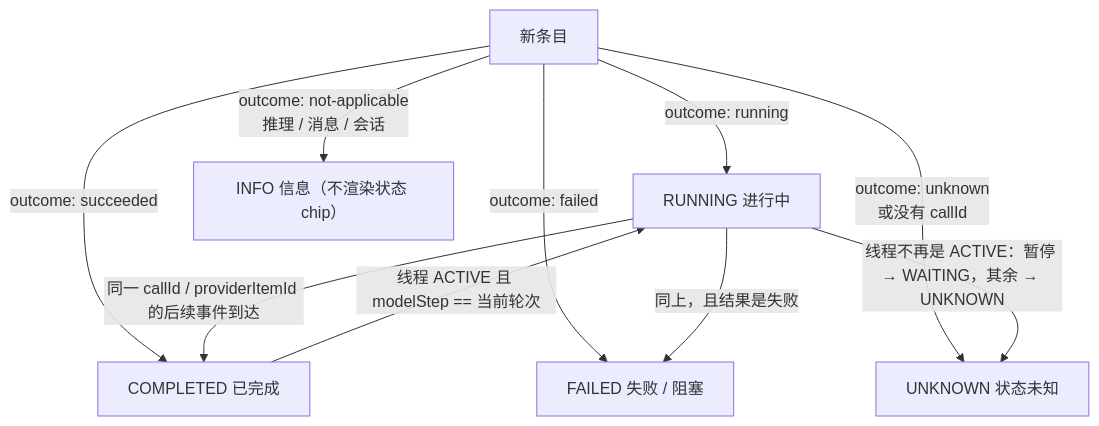
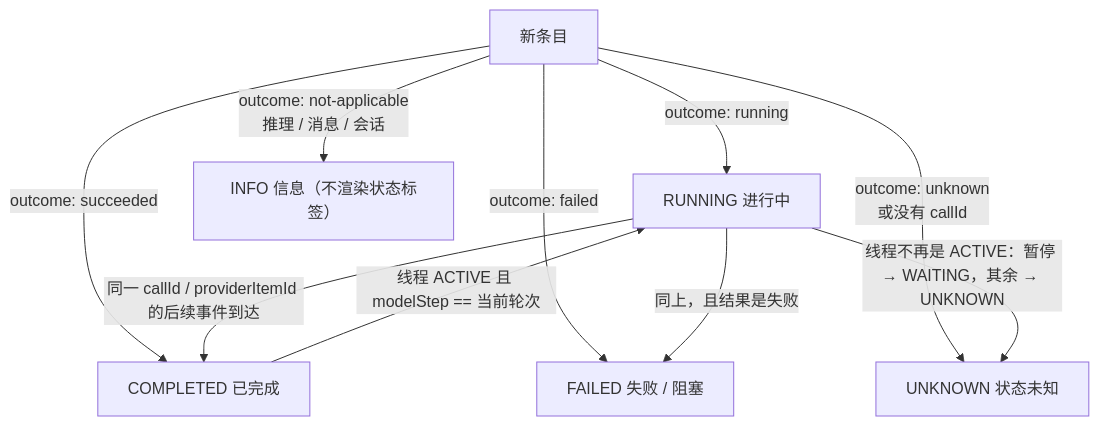
One commit to DigitalMarsh/pipeline-factory changed the fourth of 10 diagrams in docs/消息类型及事件状态机流程图.md. Above: the diagram before and after it, drawn with Mermaid. The commit also changed other lines of this file and 1 other file, not shown here.

First line of the commit message:
docs: 《消息类型及事件状态机流程图》把 chip 换成「标签」，并统一 §7 的措辞

````diff
--- a/docs/消息类型及事件状态机流程图.md
+++ b/docs/消息类型及事件状态机流程图.md
@@ -348,12 +348,12 @@
 ```mermaid
 flowchart TD
   N["新条目"] -->|"outcome: running"| RUN["RUNNING 进行中"]
   N -->|"outcome: succeeded"| DONE["COMPLETED 已完成"]
   N -->|"outcome: failed"| FAIL["FAILED 失败 / 阻塞"]
   N -->|"outcome: unknown<br/>或没有 callId"| UNK["UNKNOWN 状态未知"]
-  N -->|"outcome: not-applicable<br/>推理 / 消息 / 会话"| INFO["INFO 信息（不渲染状态 chip）"]
+  N -->|"outcome: not-applicable<br/>推理 / 消息 / 会话"| INFO["INFO 信息（不渲染状态标签）"]
   RUN -->|"同一 callId / providerItemId 的后续事件到达"| DONE
   RUN -->|"同上，且结果是失败"| FAIL
   RUN -->|"线程不再是 ACTIVE：暂停 → WAITING，其余 → UNKNOWN"| UNK
   DONE -->|"线程 ACTIVE 且 modelStep == 当前轮次"| RUN
 ```
````
